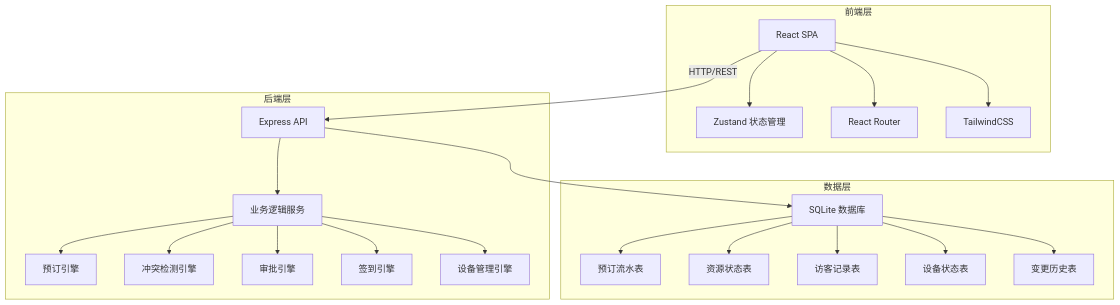
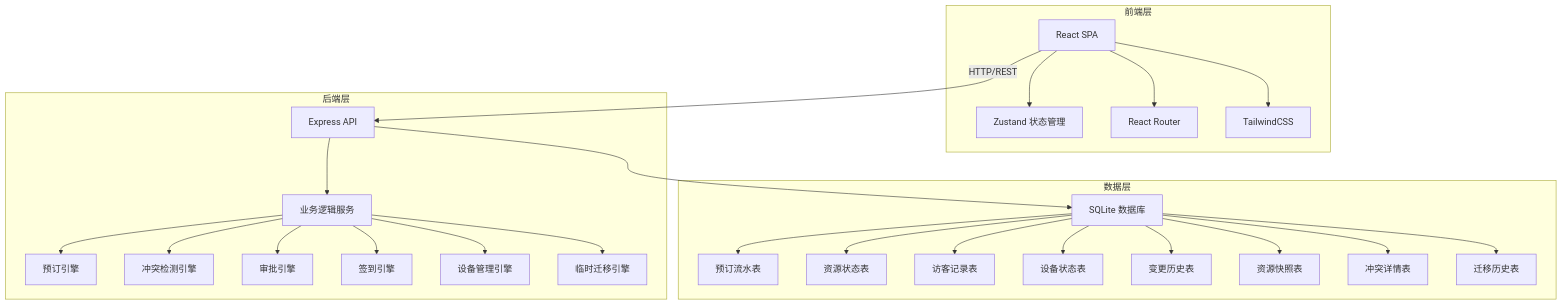
One commit to wangSiraaa/wangxt-982-1 changed the first of 3 diagrams in .trae/documents/tech-architecture.md. Above: the diagram before and after it, drawn with Mermaid. The commit also changed other lines of this file and 7 other files, not shown here.

````diff
--- a/.trae/documents/tech-architecture.md
+++ b/.trae/documents/tech-architecture.md
@@ -3,25 +3,29 @@
 ```mermaid
 graph TB
     subgraph "前端层"
         A["React SPA"] --> B["Zustand 状态管理"]
         A --> C["React Router"]
         A --> D["TailwindCSS"]
     end
     subgraph "后端层"
         E["Express API"] --> F["业务逻辑服务"]
         F --> G["预订引擎"]
         F --> H["冲突检测引擎"]
         F --> I["审批引擎"]
         F --> J["签到引擎"]
         F --> K["设备管理引擎"]
+        F --> L["临时迁移引擎"]
     end
     subgraph "数据层"
-        L["SQLite 数据库"] --> M["预订流水表"]
-        L --> N["资源状态表"]
-        L --> O["访客记录表"]
-        L --> P["设备状态表"]
-        L --> Q["变更历史表"]
+        M["SQLite 数据库"] --> N["预订流水表"]
+        M --> O["资源状态表"]
+        M --> P["访客记录表"]
+        M --> Q["设备状态表"]
+        M --> R["变更历史表"]
+        M --> S["资源快照表"]
+        M --> T["冲突详情表"]
+        M --> U["迁移历史表"]
     end
     A -- "HTTP/REST" --> E
-    E --> L
+    E --> M
 ```
````
